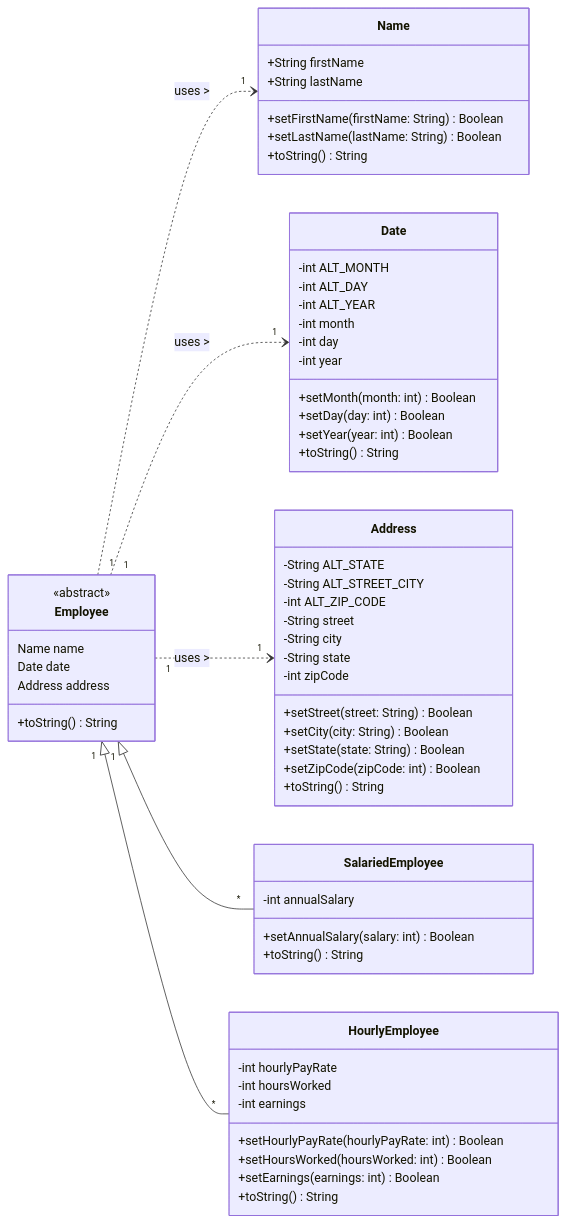
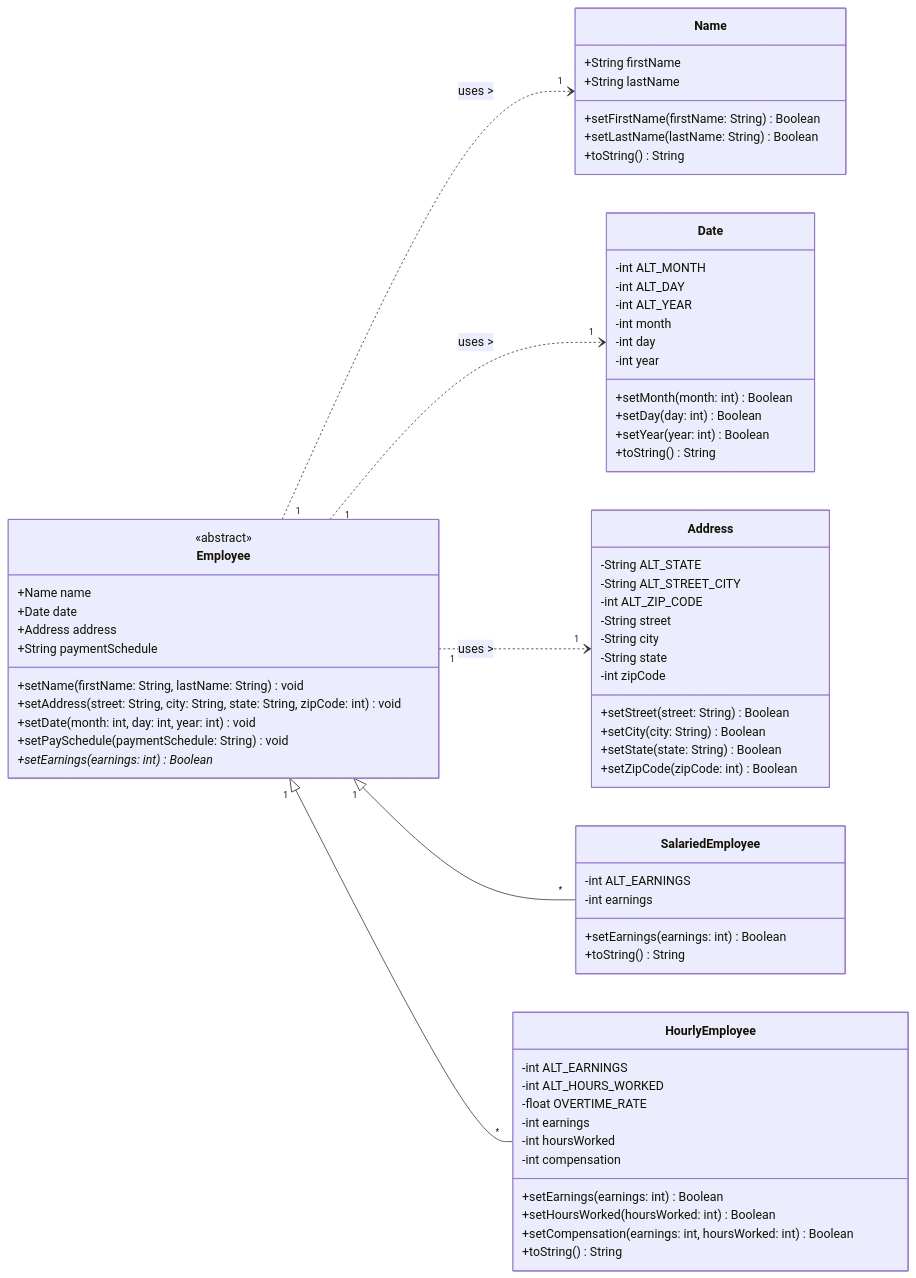
One commit to justinthelaw/jhu-605.20x changed the diagram in programming-in-java/module-07/EmployeeEnhanced.md. Above: the diagram before and after it, drawn with Mermaid. The commit also changed other lines of this file and 11 other files, not shown here.

Commit message:
class diagram and code modifications

````diff
--- a/programming-in-java/module-07/EmployeeEnhanced.md
+++ b/programming-in-java/module-07/EmployeeEnhanced.md
@@ -28,75 +29,82 @@
 ```mermaid
 classDiagram
     direction LR
 
     %% Employee base class and helper classes %%
     %% Employee
     Employee "1" ..> "1" Name : uses >
     Employee "1" ..> "1" Date : uses >
     Employee "1" ..> "1" Address : uses >
 
-    Employee: Name name
-    Employee: Date date
-    Employee: Address address
-
     class Employee{
         <<abstract>>
-        +toString() String
+        +Name name
+        +Date date
+        +Address address
+        +String paymentSchedule
+        +setName(firstName: String, lastName: String) void
+        +setAddress(street: String, city: String, state: String, zipCode: int) void
+        +setDate(month: int, day: int, year: int) void
+        +setPaySchedule(paymentSchedule: String) void
+        +setEarnings(earnings: int)* Boolean
     }
 
     class Name{
         +String firstName
         +String lastName
         +setFirstName(firstName: String) Boolean
         +setLastName(lastName: String) Boolean
         +toString() String
     }
 
     class Date{
       -int ALT_MONTH
       -int ALT_DAY
       -int ALT_YEAR
       -int month
       -int day
       -int year
       +setMonth(month: int) Boolean
       +setDay(day: int) Boolean
       +setYear(year: int) Boolean
       +toString() String
     }
 
     class Address{
       -String ALT_STATE
       -String ALT_STREET_CITY
       -int ALT_ZIP_CODE
       -String street
       -String city
       -String state
       -int zipCode
       +setStreet(street: String) Boolean
       +setCity(city: String) Boolean
       +setState(state: String) Boolean
       +setZipCode(zipCode: int) Boolean
-      +toString() String
     }
 
     %% Employee subclasses %%
     Employee "1" <|-- "*" SalariedEmployee
     Employee "1" <|-- "*" HourlyEmployee
 
     class SalariedEmployee{
-      -int annualSalary
-      +setAnnualSalary(salary: int) Boolean
+      -int ALT_EARNINGS
+      -int earnings
+      +setEarnings(earnings: int) Boolean
       +toString() String
     }
 
     class HourlyEmployee{
-      -int hourlyPayRate
+      -int ALT_EARNINGS
+      -int ALT_HOURS_WORKED
+      -float OVERTIME_RATE
+      -int earnings
       -int hoursWorked
-      -int earnings
-      +setHourlyPayRate(hourlyPayRate: int) Boolean
+      -int compensation
+      +setEarnings(earnings: int) Boolean
       +setHoursWorked(hoursWorked: int) Boolean
-      +setEarnings(earnings: int) Boolean
+      +setCompensation(earnings: int, hoursWorked: int) Boolean
       +toString() String
     }
 ```
````
